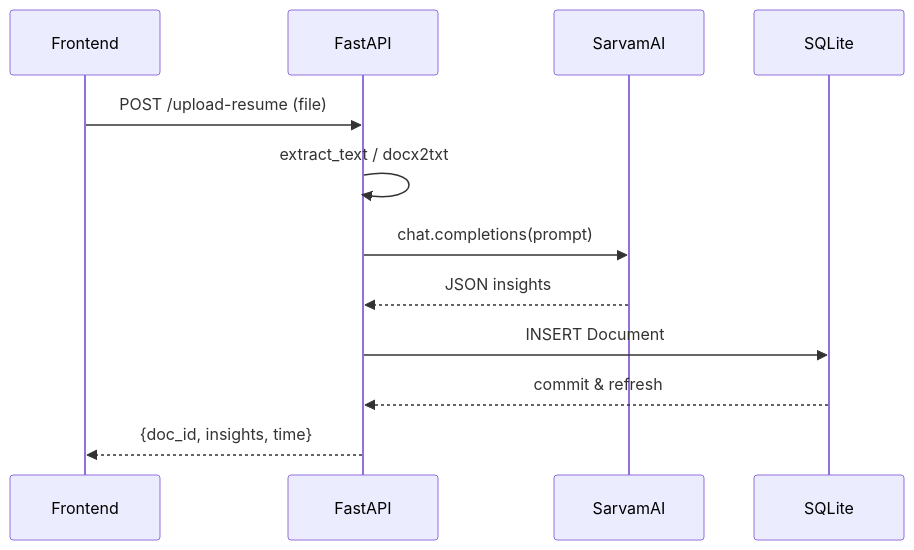
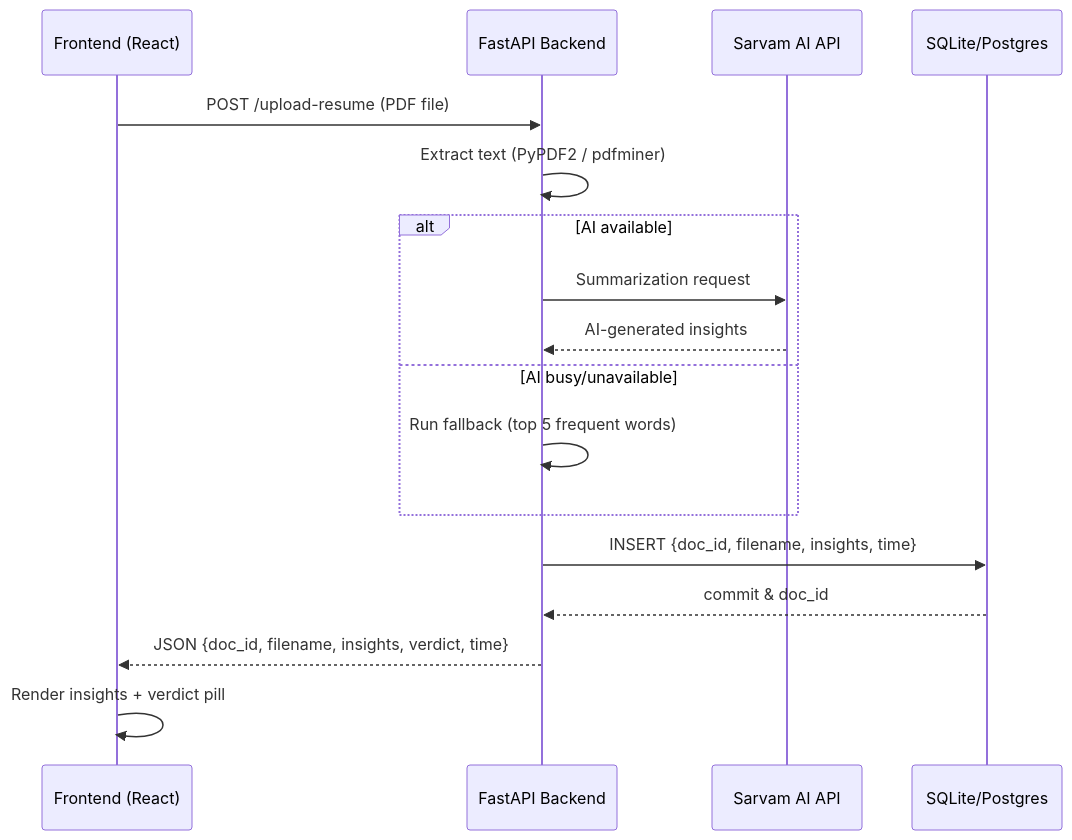
The diagram in README.md (Mayur-143/AI-Doc-Insight-Tool), drawn with Mermaid before and after one commit. The commit also changed other lines of this file, not shown here.

````diff
--- a/README.md
+++ b/README.md
@@ -72,15 +134,20 @@
 ```mermaid
 sequenceDiagram
-    participant FE as Frontend
-    participant BE as FastAPI
-    participant AI as SarvamAI
-    participant DB as SQLite
+    participant FE as Frontend (React)
+    participant BE as FastAPI Backend
+    participant AI as Sarvam AI API
+    participant DB as SQLite/Postgres
 
-    FE->>BE: POST /upload-resume (file)
-    BE->>BE: extract_text / docx2txt
-    BE->>AI: chat.completions(prompt)
-    AI-->>BE: JSON insights
-    BE->>DB: INSERT Document
-    DB-->>BE: commit & refresh
-    BE-->>FE: {doc_id, insights, time}
+    FE->>BE: POST /upload-resume (PDF file)
+    BE->>BE: Extract text (PyPDF2 / pdfminer)
+    alt AI available
+        BE->>AI: Summarization request
+        AI-->>BE: AI-generated insights
+    else AI busy/unavailable
+        BE->>BE: Run fallback (top 5 frequent words)
+    end
+    BE->>DB: INSERT {doc_id, filename, insights, time}
+    DB-->>BE: commit & doc_id
+    BE-->>FE: JSON {doc_id, filename, insights, verdict, time}
+    FE->>FE: Render insights + verdict pill
 ```
````
